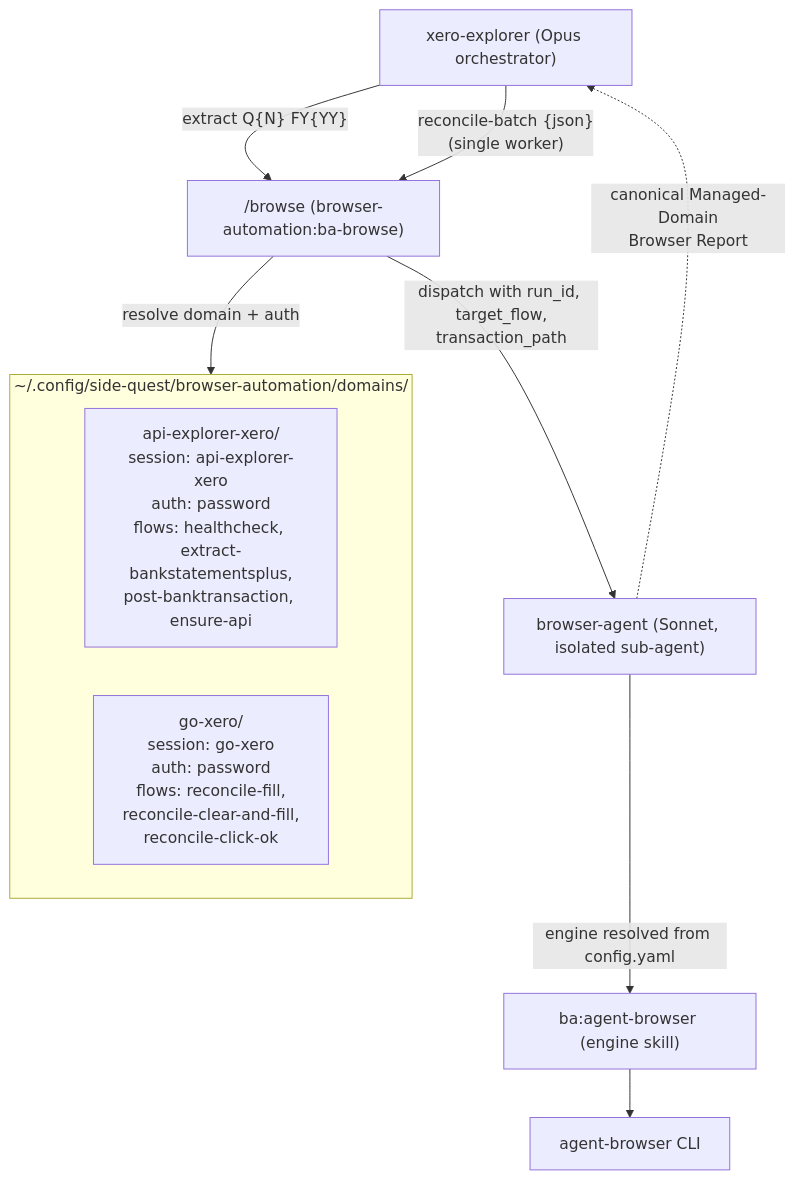
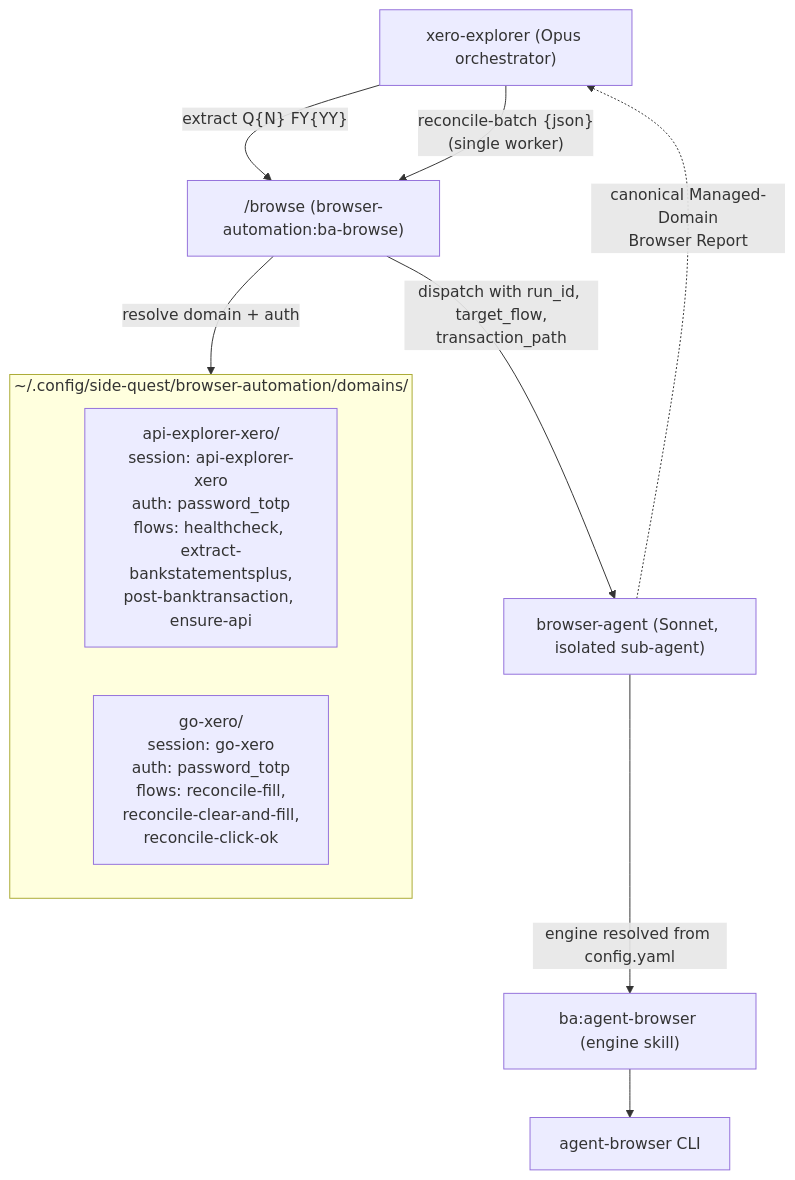
The diagram in docs/plans/2026-04-07-refactor-browse-skill-retrofit-plan.md (nathanvale/side-quest-xero-cli), drawn with Mermaid before and after one commit. The commit also changed other lines of this file, not shown here.

First line of the commit message:
chore(wip): session checkpoint

````diff
--- a/docs/plans/2026-04-07-refactor-browse-skill-retrofit-plan.md
+++ b/docs/plans/2026-04-07-refactor-browse-skill-retrofit-plan.md
@@ -135,21 +141,21 @@
 ```mermaid
 flowchart TD
     Opus["xero-explorer (Opus orchestrator)"]
     Browse["/browse (browser-automation:ba-browse)"]
     BA["browser-agent (Sonnet, isolated sub-agent)"]
     Engine["ba:agent-browser (engine skill)"]
     CLI["agent-browser CLI"]
 
     subgraph Domains["~/.config/side-quest/browser-automation/domains/"]
-        APIX["api-explorer-xero/<br/>session: api-explorer-xero<br/>auth: password<br/>flows: healthcheck, extract-bankstatementsplus,<br/>post-banktransaction, ensure-api"]
-        GOX["go-xero/<br/>session: go-xero<br/>auth: password<br/>flows: reconcile-fill,<br/>reconcile-clear-and-fill,<br/>reconcile-click-ok"]
+        APIX["api-explorer-xero/<br/>session: api-explorer-xero<br/>auth: password_totp<br/>flows: healthcheck, extract-bankstatementsplus,<br/>post-banktransaction, ensure-api"]
+        GOX["go-xero/<br/>session: go-xero<br/>auth: password_totp<br/>flows: reconcile-fill,<br/>reconcile-clear-and-fill,<br/>reconcile-click-ok"]
     end
 
     Opus -->|"extract Q{N} FY{YY}"| Browse
     Opus -->|"reconcile-batch {json}<br/>(single worker)"| Browse
     Browse -->|"resolve domain + auth"| Domains
     Browse -->|"dispatch with run_id, target_flow,<br/>transaction_path"| BA
     BA -->|"engine resolved from config.yaml"| Engine
     Engine --> CLI
     BA -.->|"canonical Managed-Domain<br/>Browser Report"| Opus
 ```
````
